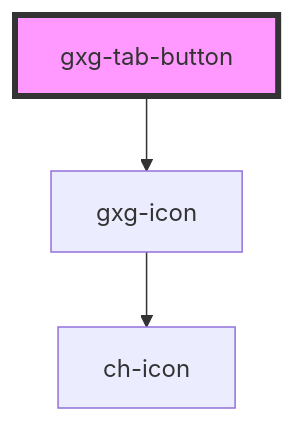
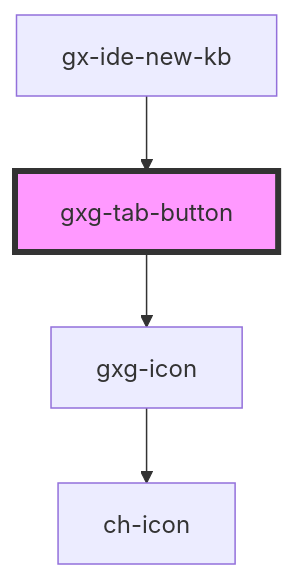
The diagram in src/components/tab-button/readme.md (genexuslabs/gemini), drawn with Mermaid before and after one commit. The commit also changed other lines of this file and 45 other files, not shown here.

````diff
--- a/src/components/tab-button/readme.md
+++ b/src/components/tab-button/readme.md
@@ -29,6 +33,7 @@
 ```mermaid
 graph TD;
   gxg-tab-button --> gxg-icon
   gxg-icon --> ch-icon
+  gx-ide-new-kb --> gxg-tab-button
   style gxg-tab-button fill:#f9f,stroke:#333,stroke-width:4px
 ```
````
